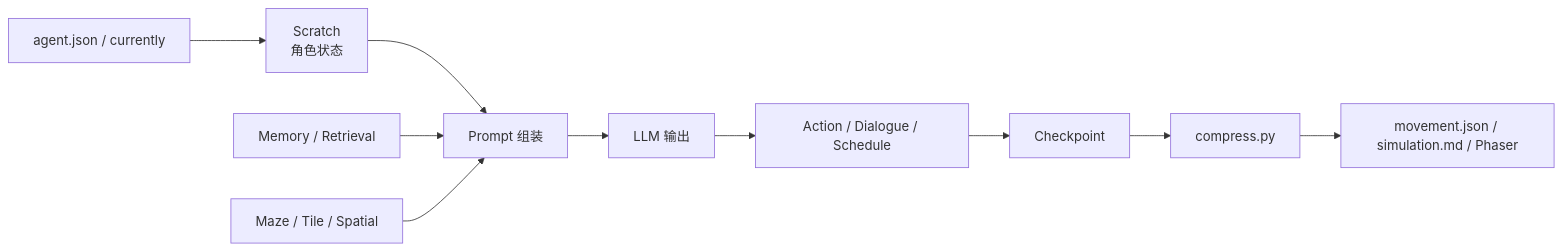
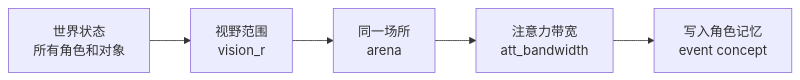
The second of 2 diagrams in docs/book/manuscript/part_02/chapter_13.md (tbkken/GenerativeAgentsCN), drawn with Mermaid before and after one commit. The commit also changed other lines of this file and 35 other files, not shown here.

````diff
--- a/docs/book/manuscript/part_02/chapter_13.md
+++ b/docs/book/manuscript/part_02/chapter_13.md
@@ -688,12 +244,7 @@
 ```mermaid
 flowchart LR
-    Persona["agent.json / currently"] --> Scratch["Scratch<br/>角色状态"]
-    Scratch --> Prompt["Prompt 组装"]
-    Memory["Memory / Retrieval"] --> Prompt
-    World["Maze / Tile / Spatial"] --> Prompt
-    Prompt --> LLM["LLM 输出"]
-    LLM --> Action["Action / Dialogue / Schedule"]
-    Action --> Checkpoint["Checkpoint"]
-    Checkpoint --> Compress["compress.py"]
-    Compress --> Replay["movement.json / simulation.md / Phaser"]
+    World["世界状态<br/>所有角色和对象"] --> Scope["视野范围<br/>vision_r"]
+    Scope --> Arena["同一场所<br/>arena"]
+    Arena --> Bandwidth["注意力带宽<br/>att_bandwidth"]
+    Bandwidth --> Memory["写入角色记忆<br/>event concept"]
 ```
````
